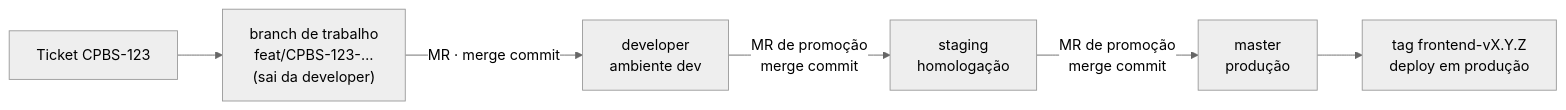
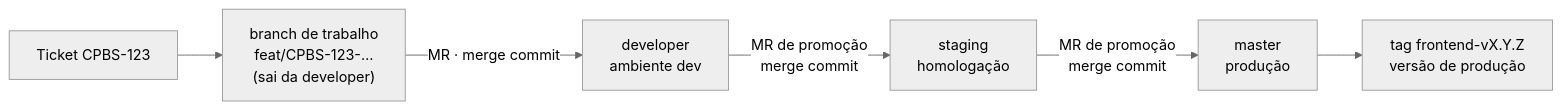
One commit to oseasmoreto/bot-chat changed the first of 5 diagrams in frontend/CONTRIBUTING.md. Above: the diagram before and after it, drawn with Mermaid (neutral theme). The commit also changed other lines of this file and 48 other files, not shown here.

````diff
--- a/frontend/CONTRIBUTING.md
+++ b/frontend/CONTRIBUTING.md
@@ -9,8 +9,8 @@
 ```mermaid
 flowchart LR
     t["Ticket CPBS-123"] --> b["branch de trabalho<br/>feat/CPBS-123-…<br/>(sai da developer)"]
     b -->|"MR · merge commit"| dev["developer<br/>ambiente dev"]
     dev -->|"MR de promoção<br/>merge commit"| stg["staging<br/>homologação"]
     stg -->|"MR de promoção<br/>merge commit"| mst["master<br/>produção"]
-    mst --> tag["tag frontend-vX.Y.Z<br/>deploy em produção"]
+    mst --> tag["tag frontend-vX.Y.Z<br/>versão de produção"]
 ```
````
